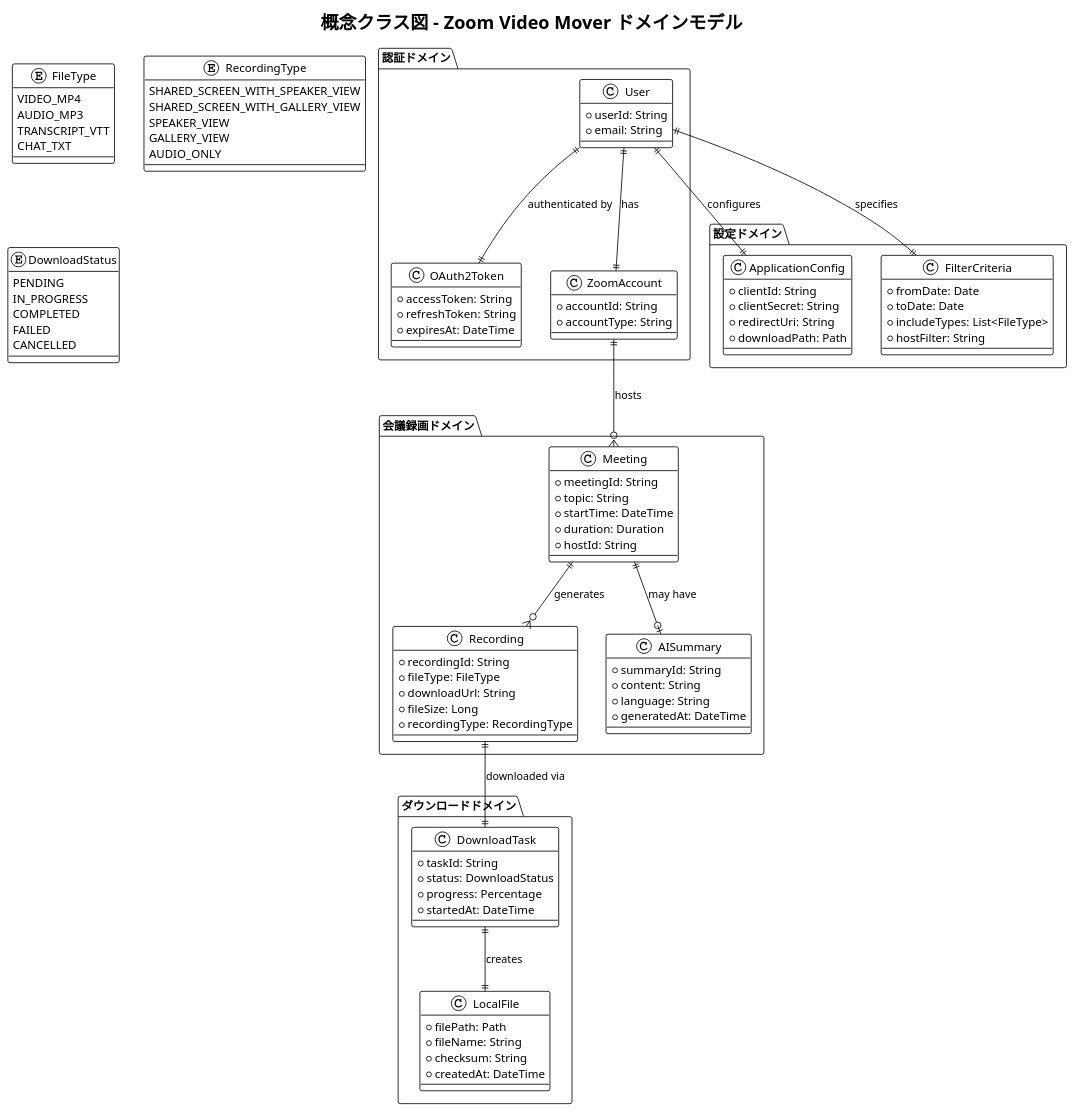
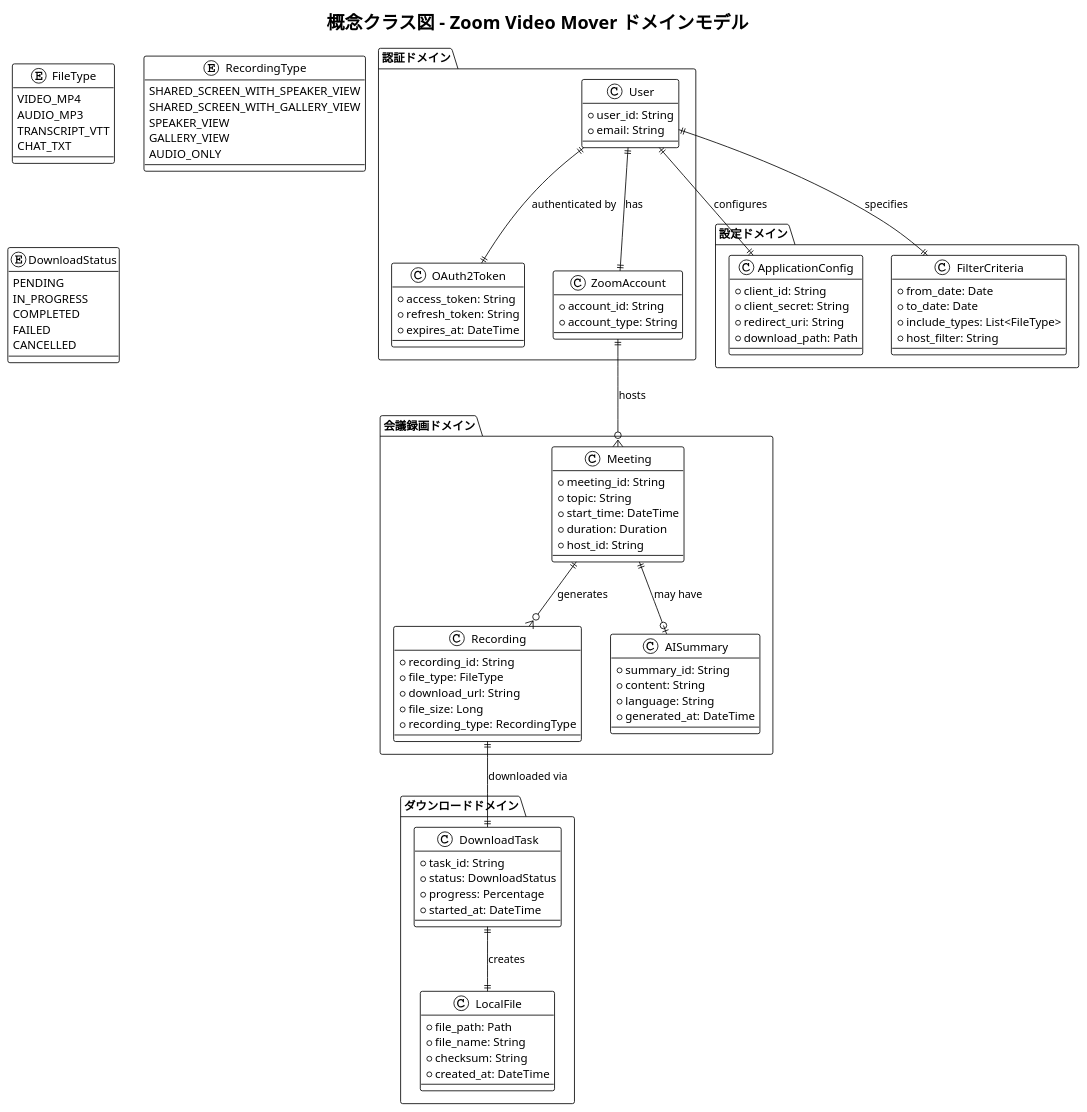
The diagram in docs/uml/phase1/conceptual_class_diagram.puml (toshimana/zoom_video_mover), drawn with PlantUML before and after one commit. The commit also changed 4 other files, not shown here.

First line of the commit message:
中程度不整合を完全解決 - UML・設計書の完全統一完了

```diff
--- a/docs/uml/phase1/conceptual_class_diagram.puml
+++ b/docs/uml/phase1/conceptual_class_diagram.puml
@@ -1,115 +1,115 @@
 @startuml ConceptualClassDiagram
 !theme plain
 title 概念クラス図 - Zoom Video Mover ドメインモデル
 
 package "認証ドメイン" {
   class User {
-    + userId: String
+    + user_id: String
     + email: String
   }
   
   class OAuth2Token {
-    + accessToken: String
-    + refreshToken: String
-    + expiresAt: DateTime
+    + access_token: String
+    + refresh_token: String
+    + expires_at: DateTime
   }
   
   class ZoomAccount {
-    + accountId: String
-    + accountType: String
+    + account_id: String
+    + account_type: String
   }
 }
 
 package "会議録画ドメイン" {
   class Meeting {
-    + meetingId: String
+    + meeting_id: String
     + topic: String
-    + startTime: DateTime
+    + start_time: DateTime
     + duration: Duration
-    + hostId: String
+    + host_id: String
   }
   
   class Recording {
-    + recordingId: String
-    + fileType: FileType
-    + downloadUrl: String
-    + fileSize: Long
-    + recordingType: RecordingType
+    + recording_id: String
+    + file_type: FileType
+    + download_url: String
+    + file_size: Long
+    + recording_type: RecordingType
   }
   
   class AISummary {
-    + summaryId: String
+    + summary_id: String
     + content: String
     + language: String
-    + generatedAt: DateTime
+    + generated_at: DateTime
   }
 }
 
 package "ダウンロードドメイン" {
   class DownloadTask {
-    + taskId: String
+    + task_id: String
     + status: DownloadStatus
     + progress: Percentage
-    + startedAt: DateTime
+    + started_at: DateTime
   }
   
   class LocalFile {
-    + filePath: Path
-    + fileName: String
+    + file_path: Path
+    + file_name: String
     + checksum: String
-    + createdAt: DateTime
+    + created_at: DateTime
   }
 }
 
 package "設定ドメイン" {
   class ApplicationConfig {
-    + clientId: String
-    + clientSecret: String
-    + redirectUri: String
-    + downloadPath: Path
+    + client_id: String
+    + client_secret: String
+    + redirect_uri: String
+    + download_path: Path
   }
   
   class FilterCriteria {
-    + fromDate: Date
-    + toDate: Date
-    + includeTypes: List<FileType>
-    + hostFilter: String
+    + from_date: Date
+    + to_date: Date
+    + include_types: List<FileType>
+    + host_filter: String
   }
 }
 
 ' ドメイン間関係性
 User ||--|| ZoomAccount : "has"
 User ||--|| OAuth2Token : "authenticated by"
 ZoomAccount ||--o{ Meeting : "hosts"
 Meeting ||--o{ Recording : "generates"
 Meeting ||--o| AISummary : "may have"
 Recording ||--|| DownloadTask : "downloaded via"
 DownloadTask ||--|| LocalFile : "creates"
 User ||--|| ApplicationConfig : "configures"
 User ||--|| FilterCriteria : "specifies"
 
 ' 列挙型
 enum FileType {
   VIDEO_MP4
   AUDIO_MP3
   TRANSCRIPT_VTT
   CHAT_TXT
 }
 
 enum RecordingType {
   SHARED_SCREEN_WITH_SPEAKER_VIEW
   SHARED_SCREEN_WITH_GALLERY_VIEW
   SPEAKER_VIEW
   GALLERY_VIEW
   AUDIO_ONLY
 }
 
 enum DownloadStatus {
   PENDING
   IN_PROGRESS
   COMPLETED
   FAILED
   CANCELLED
 }
 
 @enduml
```
